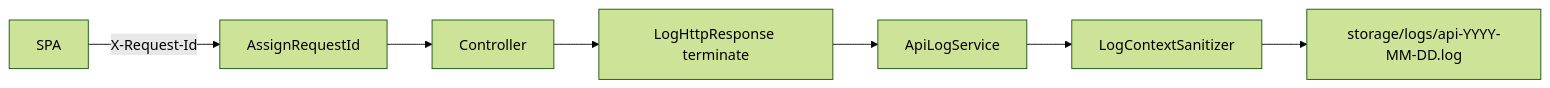
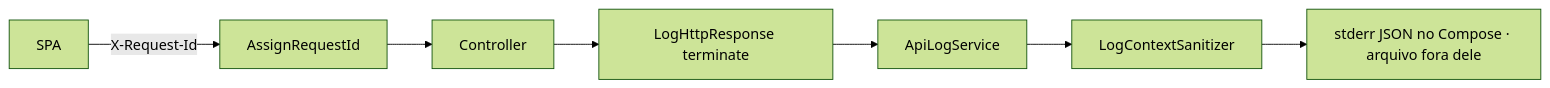
One commit to soninhoxs/Projeto-Vlab changed the second of 2 diagrams in README.md. Above: the diagram before and after it, drawn with Mermaid (forest theme). The commit also changed other lines of this file and 14 other files, not shown here.

First line of the commit message:
Liga os logs JSON no Compose para o avaliador ver correlação no docker logs.

````diff
--- a/README.md
+++ b/README.md
@@ -148,9 +148,9 @@
 ```mermaid
 flowchart LR
     SPA[SPA] -->|X-Request-Id| MW[AssignRequestId]
     MW --> API[Controller]
     API --> Term[LogHttpResponse terminate]
     Term --> Svc[ApiLogService]
     Svc --> San[LogContextSanitizer]
-    San --> File["storage/logs/api-YYYY-MM-DD.log"]
+    San --> Out["stderr JSON no Compose · arquivo fora dele"]
 ```
````
